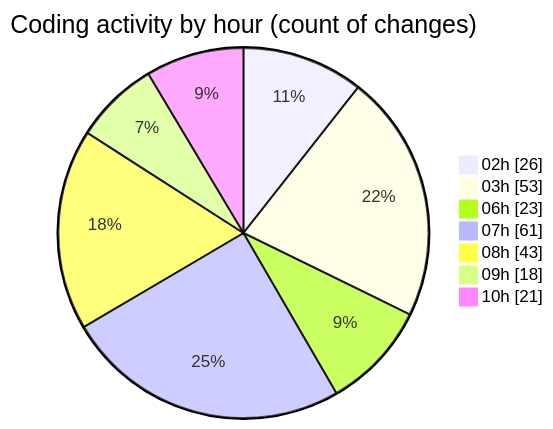
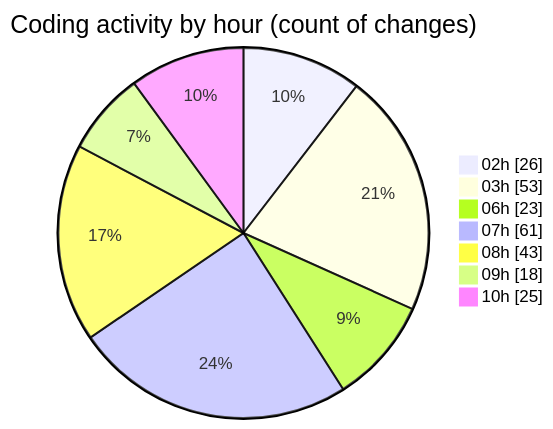
One commit to charlie-sans/code-tracking changed the second of 2 diagrams in 2025-02-22/micros/README.md. Above: the diagram before and after it, drawn with Mermaid. The commit also changed other lines of this file and 1 other file, not shown here.

````diff
--- a/2025-02-22/micros/README.md
+++ b/2025-02-22/micros/README.md
@@ -78,11 +78,11 @@
 ```mermaid
 pie showData
 title Coding activity by hour (count of changes)
 "02h" : 26
 "03h" : 53
 "06h" : 23
 "07h" : 61
 "08h" : 43
 "09h" : 18
-"10h" : 21
+"10h" : 25
 ```
````
